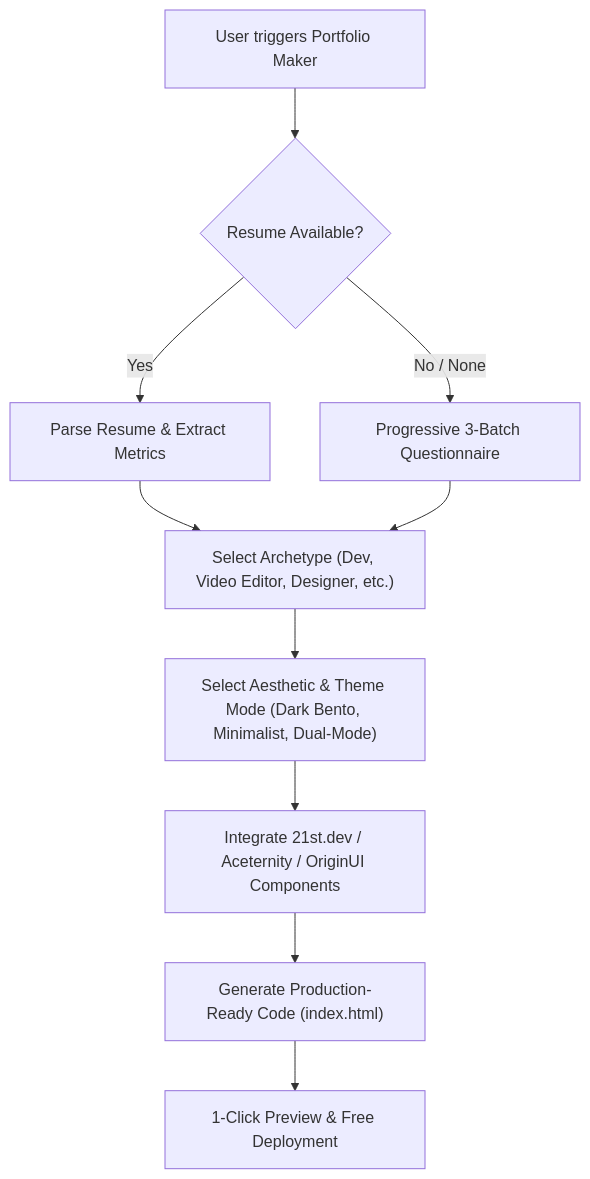
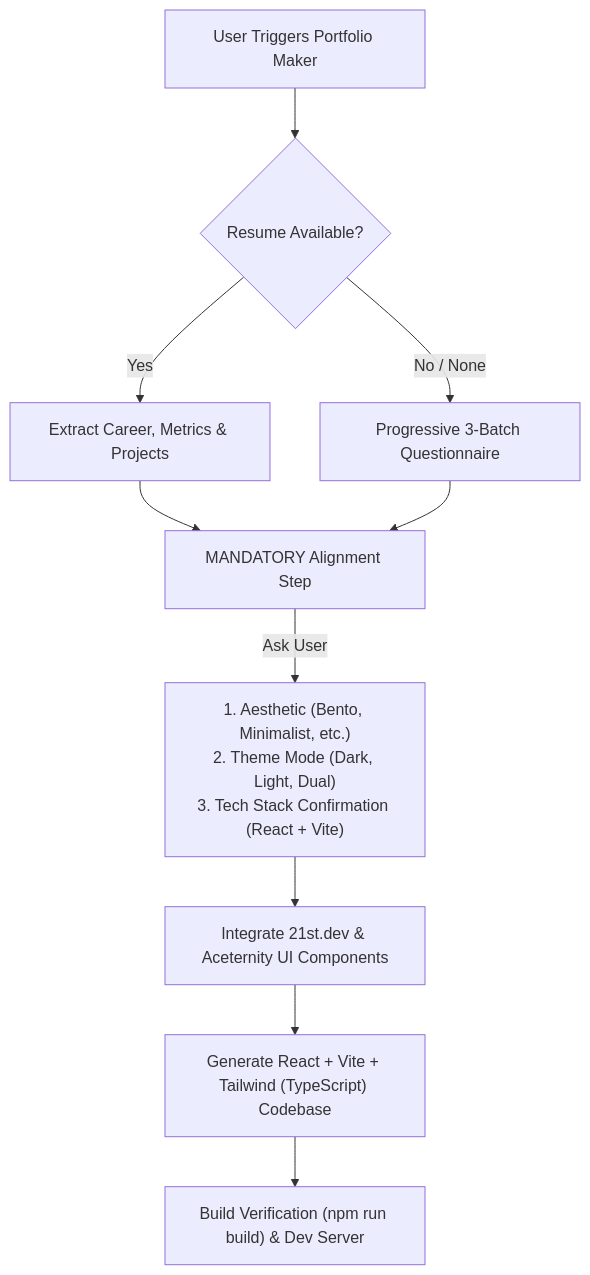
Before and after one commit to NaitikGrover/portfolio-maker: the diagram in README.md, drawn with Mermaid. The commit also changed other lines of this file and 2 other files, not shown here.

````diff
--- a/README.md
+++ b/README.md
@@ -22,12 +34,12 @@
 ```mermaid
 flowchart TD
-    A["User triggers Portfolio Maker"] --> B{"Resume Available?"}
-    B -- Yes --> C["Parse Resume & Extract Metrics"]
+    A["User Triggers Portfolio Maker"] --> B{"Resume Available?"}
+    B -- Yes --> C["Extract Career, Metrics & Projects"]
     B -- No / None --> D["Progressive 3-Batch Questionnaire"]
-    C --> E["Select Archetype (Dev, Video Editor, Designer, etc.)"]
+    C --> E["MANDATORY Alignment Step"]
     D --> E
-    E --> F["Select Aesthetic & Theme Mode (Dark Bento, Minimalist, Dual-Mode)"]
-    F --> G["Integrate 21st.dev / Aceternity / OriginUI Components"]
-    G --> H["Generate Production-Ready Code (index.html)"]
-    H --> I["1-Click Preview & Free Deployment"]
+    E -->|Ask User| F["1. Aesthetic (Bento, Minimalist, etc.)\n2. Theme Mode (Dark, Light, Dual)\n3. Tech Stack Confirmation (React + Vite)"]
+    F --> G["Integrate 21st.dev & Aceternity UI Components"]
+    G --> H["Generate React + Vite + Tailwind (TypeScript) Codebase"]
+    H --> I["Build Verification (npm run build) & Dev Server"]
 ```
````
